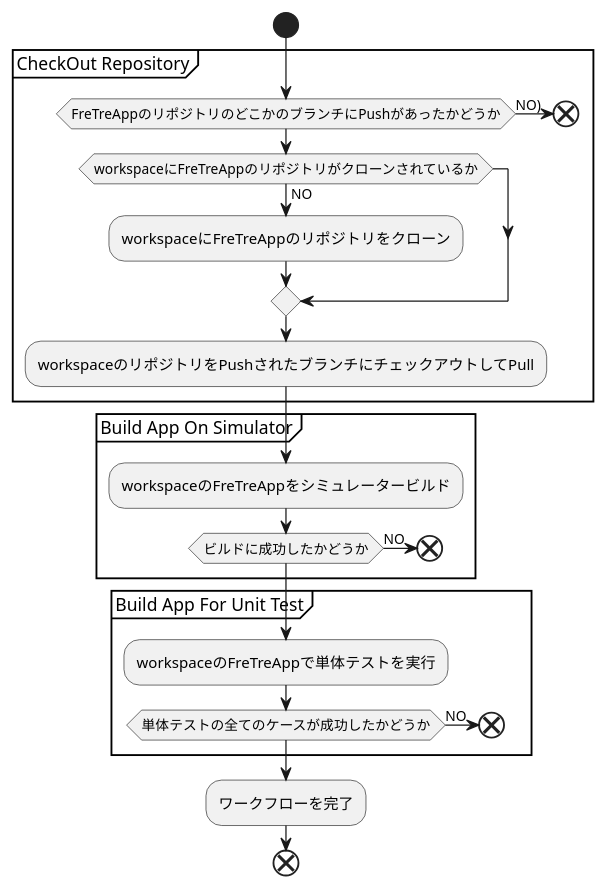
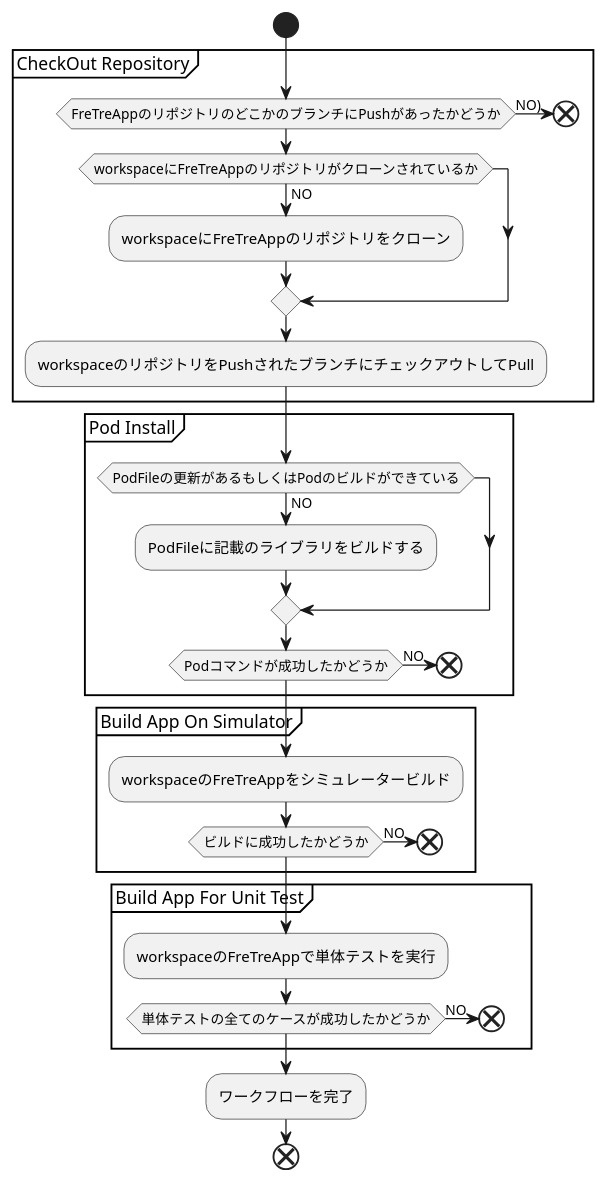
Before and after one commit to stotic-dev/FreTreCICDJenkinsFile: the diagram in doc/workflow.plantuml, drawn with PlantUML. The commit also changed 1 other file, not shown here.

```diff
--- a/doc/workflow.plantuml
+++ b/doc/workflow.plantuml
@@ -1,36 +1,45 @@
 @startuml
 
 start
 
 partition CheckOut Repository {
     if (FreTreAppのリポジトリのどこかのブランチにPushがあったかどうか) then (NO))
         end
     endif
 
     if (workspaceにFreTreAppのリポジトリがクローンされているか) then (NO)
         :workspaceにFreTreAppのリポジトリをクローン;
     endif
 
     :workspaceのリポジトリをPushされたブランチにチェックアウトしてPull;
+}
+
+partition Pod Install {
+    if (PodFileの更新があるもしくはPodのビルドができている) then (NO)
+        :PodFileに記載のライブラリをビルドする;
+    endif
+    if (Podコマンドが成功したかどうか) then (NO)
+        end
+    endif
 }
 
 partition Build App On Simulator {
     :workspaceのFreTreAppをシミュレータービルド;
 
     if (ビルドに成功したかどうか) then (NO)
         end
     endif
 }
 
 partition Build App For Unit Test {
     :workspaceのFreTreAppで単体テストを実行;
 
     if (単体テストの全てのケースが成功したかどうか) then (NO)
         end
     endif
 }
 
 :ワークフローを完了;
 end
 
 @enduml
```
